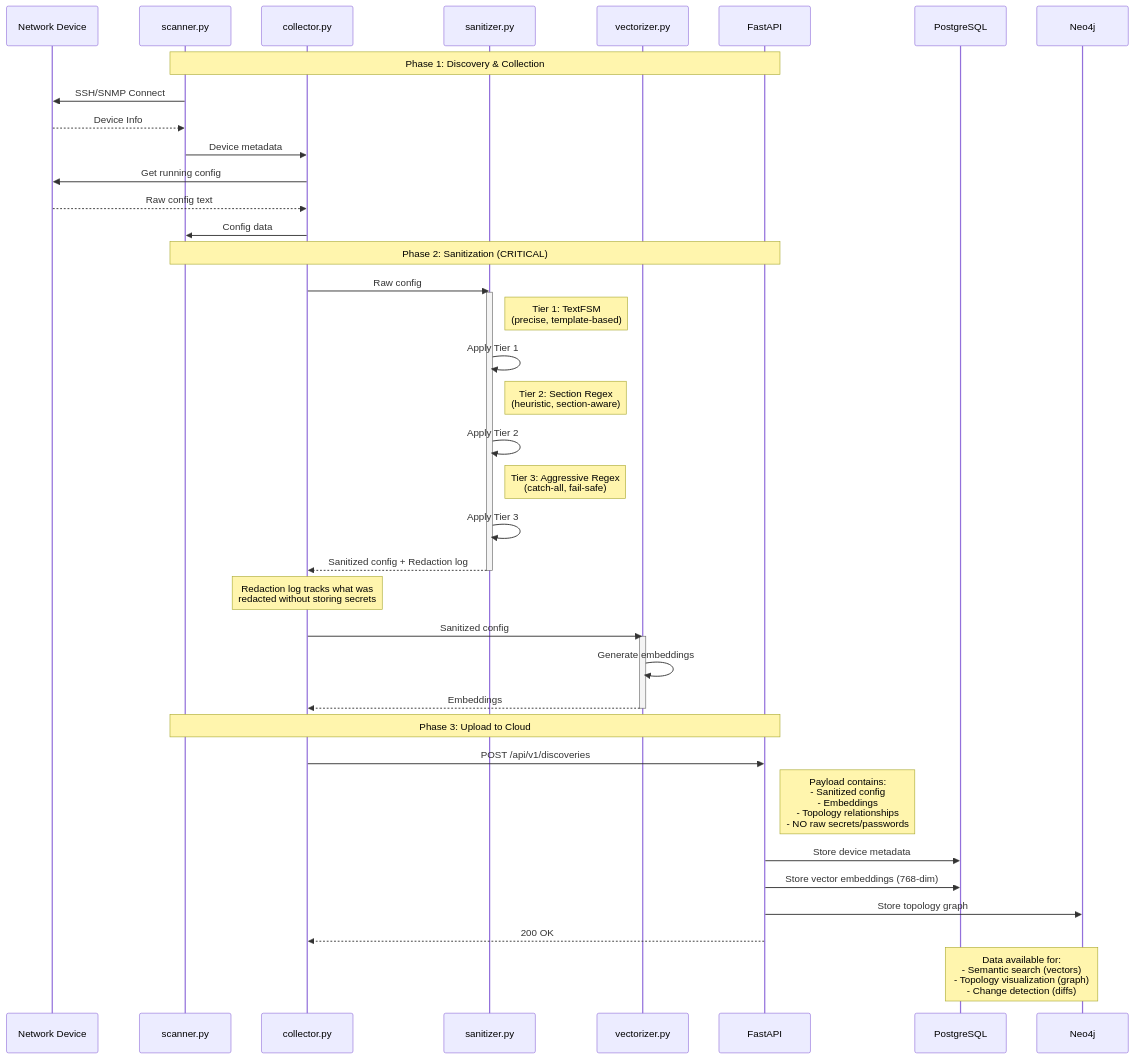
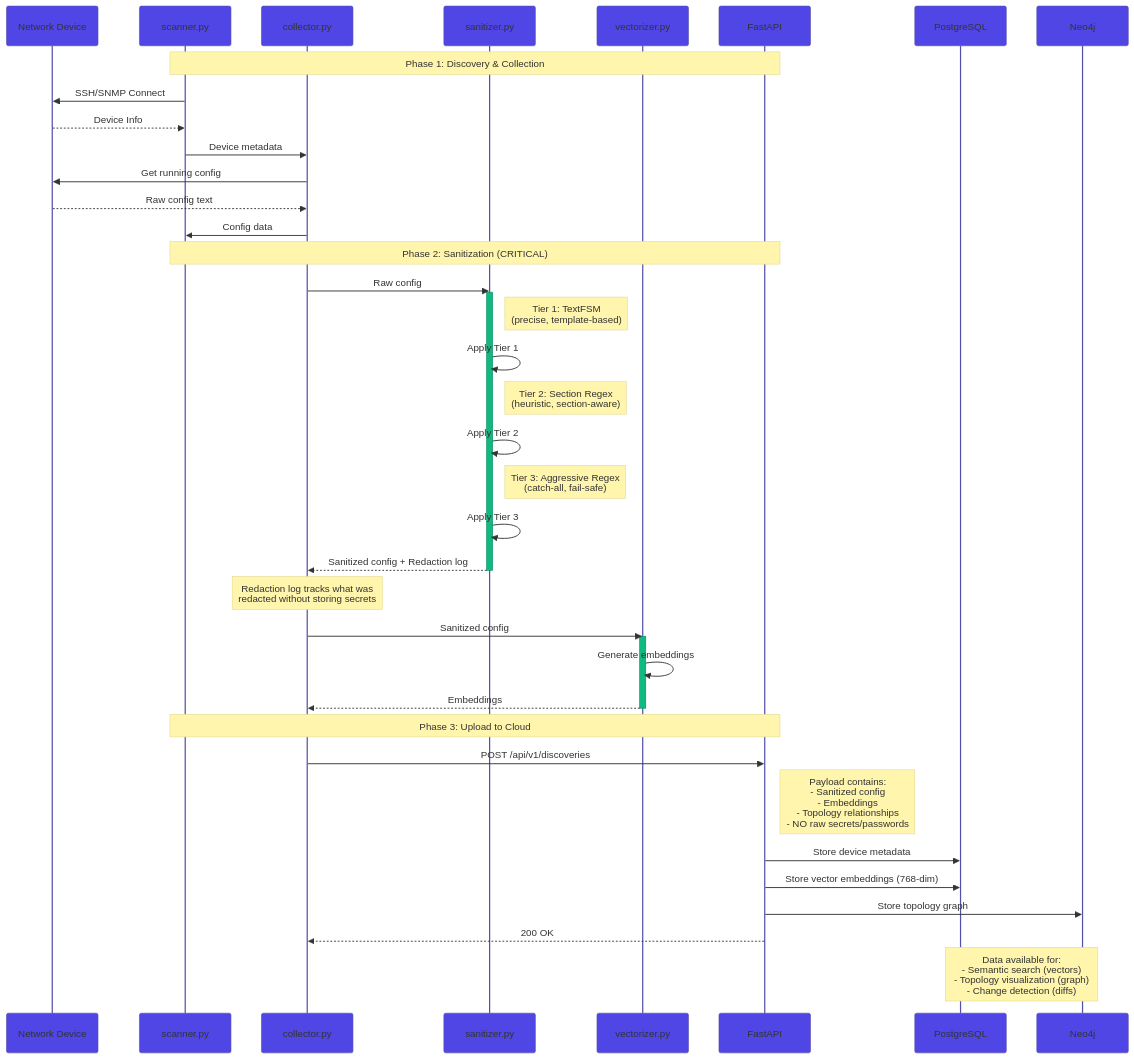
The diagram in docs/phase1-diagrams/data-flow.mmd (OpenEther-NetAdmin/NetDiscoverIT), drawn with Mermaid before and after one commit. The commit also changed other lines of this file and 2 other files, not shown here.

First line of the commit message:
docs(phase1-diagrams): add design.md and prune architecture/data-flow diagrams

````diff
--- a/docs/phase1-diagrams/data-flow.mmd
+++ b/docs/phase1-diagrams/data-flow.mmd
@@ -3,57 +1,57 @@
-```mermaid
+%%{ init: { "theme": "base", "themeVariables": { "primaryColor": "#4f46e5", "lineColor": "#6b7280", "secondaryColor": "#10b981", "tertiaryColor": "#f59e0b" } } }%%
+
 sequenceDiagram
     participant Device as Network Device
     participant Scanner as scanner.py
     participant Collector as collector.py
     participant Sanitizer as sanitizer.py
     participant Vectorizer as vectorizer.py
     participant API as FastAPI
     participant DB as PostgreSQL
     participant Neo4j as Neo4j
 
     Note over Scanner,API: Phase 1: Discovery & Collection
     
     Scanner->>Device: SSH/SNMP Connect
     Device-->>Scanner: Device Info
     Scanner->>Collector: Device metadata
     
     Collector->>Device: Get running config
     Device-->>Collector: Raw config text
     Collector->>Scanner: Config data
     
     Note over Scanner,API: Phase 2: Sanitization (CRITICAL)
     
     Collector->>Sanitizer: Raw config
     activate Sanitizer
     
     Note right of Sanitizer: Tier 1: TextFSM<br/>(precise, template-based)
     Sanitizer->>Sanitizer: Apply Tier 1
     
     Note right of Sanitizer: Tier 2: Section Regex<br/>(heuristic, section-aware)
     Sanitizer->>Sanitizer: Apply Tier 2
     
     Note right of Sanitizer: Tier 3: Aggressive Regex<br/>(catch-all, fail-safe)
     Sanitizer->>Sanitizer: Apply Tier 3
     
     Sanitizer-->>Collector: Sanitized config + Redaction log
     deactivate Sanitizer
     
     Note over Collector: Redaction log tracks what was<br/>redacted without storing secrets
     
     Collector->>Vectorizer: Sanitized config
     activate Vectorizer
     Vectorizer->>Vectorizer: Generate embeddings
     Vectorizer-->>Collector: Embeddings
     deactivate Vectorizer
     
     Note over Scanner,API: Phase 3: Upload to Cloud
     
     Collector->>API: POST /api/v1/discoveries
         Note right of API: Payload contains:<br/>- Sanitized config<br/>- Embeddings<br/>- Topology relationships<br/>- NO raw secrets/passwords
     API->>DB: Store device metadata
     API->>DB: Store vector embeddings (768-dim)
     API->>Neo4j: Store topology graph
     API-->>Collector: 200 OK
     
     Note over DB,Neo4j: Data available for:<br/>- Semantic search (vectors)<br/>- Topology visualization (graph)<br/>- Change detection (diffs)
-```
````
